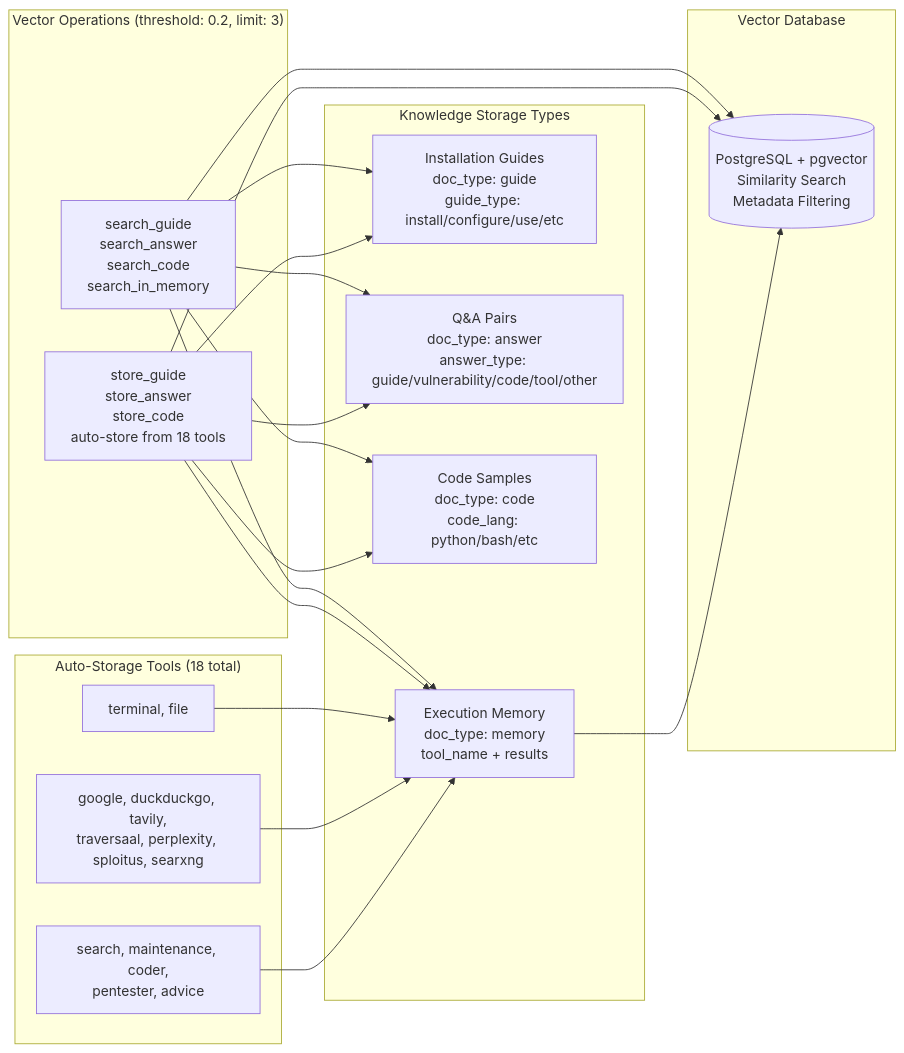
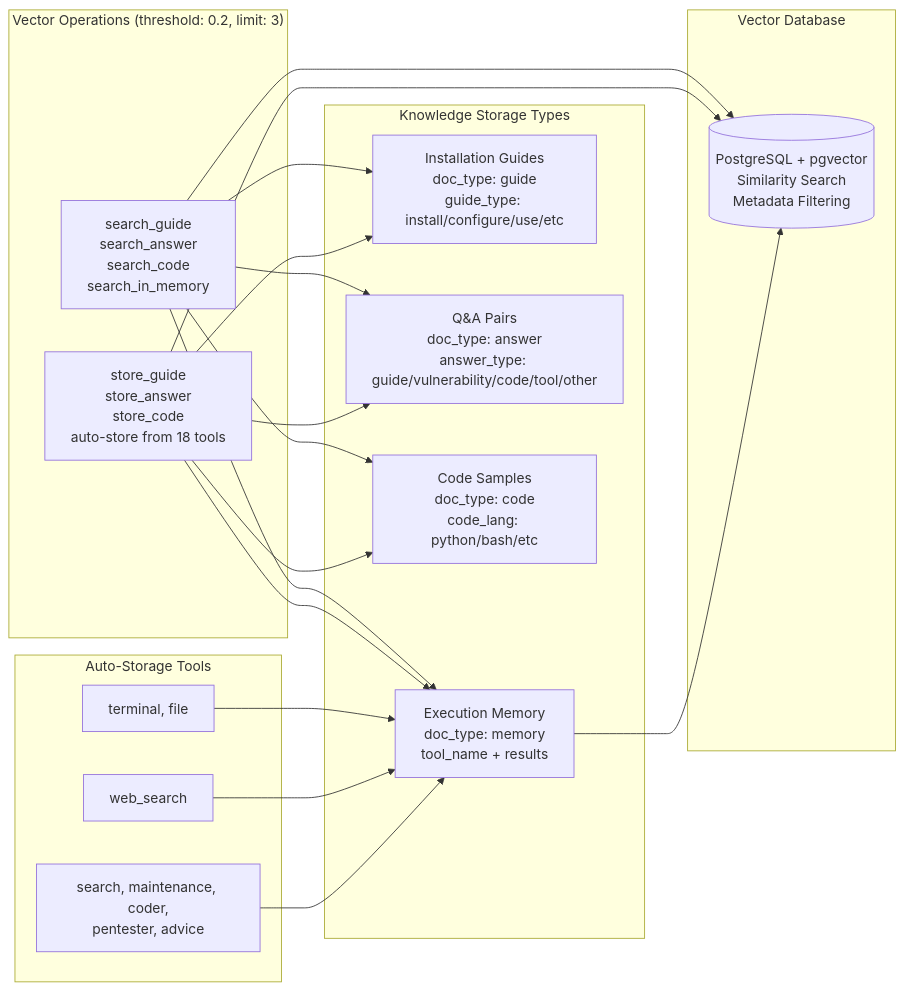
Before and after one commit to vxcontrol/pentagi: the fourth of 10 diagrams in backend/docs/flow_execution.md, drawn with Mermaid. The commit also changed other lines of this file and 58 other files, not shown here.

First line of the commit message:
feat(search): introduce internal analytics engine for web search

````diff
--- a/backend/docs/flow_execution.md
+++ b/backend/docs/flow_execution.md
@@ -334,42 +327,42 @@
 ```mermaid
 graph LR
     subgraph "Knowledge Storage Types"
         Guides[Installation Guides<br/>doc_type: guide<br/>guide_type: install/configure/use/etc]
         Answers[Q&A Pairs<br/>doc_type: answer<br/>answer_type: guide/vulnerability/code/tool/other]
         Code[Code Samples<br/>doc_type: code<br/>code_lang: python/bash/etc]
         Memory[Execution Memory<br/>doc_type: memory<br/>tool_name + results]
     end
     
     subgraph "Vector Operations (threshold: 0.2, limit: 3)"
         SearchOps[search_guide<br/>search_answer<br/>search_code<br/>search_in_memory]
         StoreOps[store_guide<br/>store_answer<br/>store_code<br/>auto-store from 18 tools]
     end
     
-    subgraph "Auto-Storage Tools (18 total)"
+    subgraph "Auto-Storage Tools"
         EnvTools[terminal, file]
-        SearchEngines[google, duckduckgo, tavily,<br/>traversaal, perplexity, sploitus, searxng]
+        SearchEngines[web_search]
         AgentTools[search, maintenance, coder,<br/>pentester, advice]
     end
     
     SearchOps --> Guides
     SearchOps --> Answers  
     SearchOps --> Code
     SearchOps --> Memory
     
     StoreOps --> Guides
     StoreOps --> Answers
     StoreOps --> Code
     StoreOps --> Memory
     
     EnvTools --> Memory
     SearchEngines --> Memory
     AgentTools --> Memory
     
     subgraph "Vector Database"
         PostgreSQL[(PostgreSQL + pgvector<br/>Similarity Search<br/>Metadata Filtering)]
     end
     
     SearchOps --> PostgreSQL
     StoreOps --> PostgreSQL
     Memory --> PostgreSQL
 ```
````
